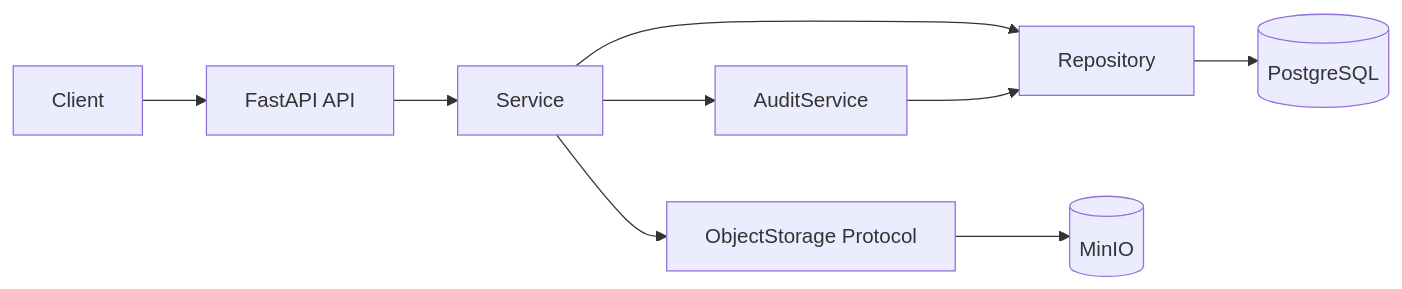
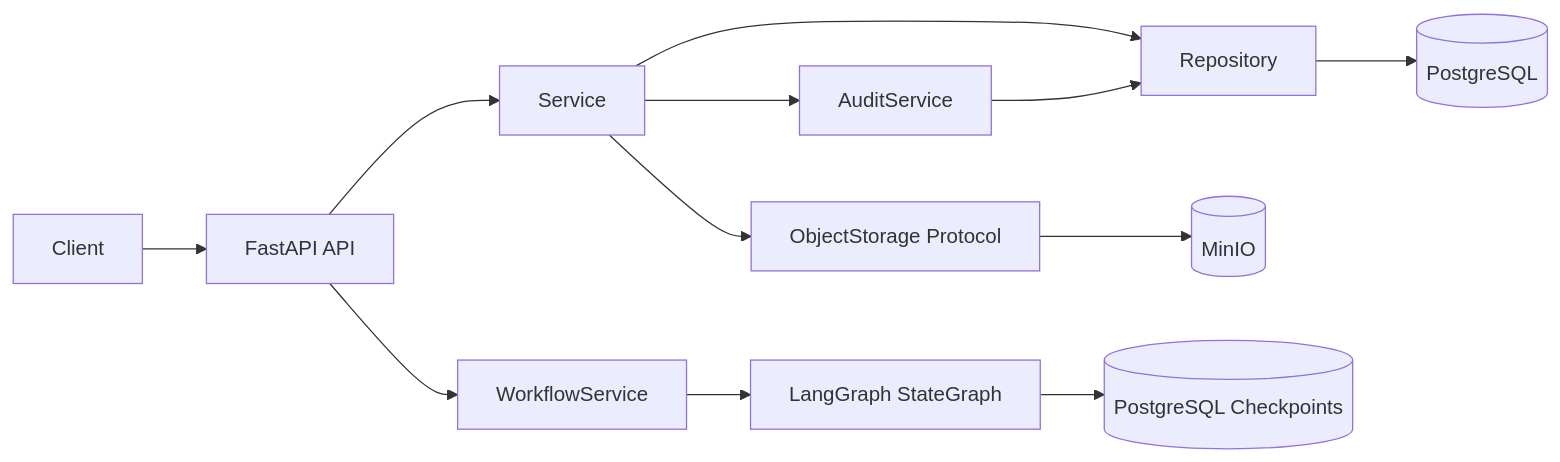
The diagram in docs/architecture.md (maj-m/xieyi), drawn with Mermaid before and after one commit. The commit also changed other lines of this file and 21 other files, not shown here.

````diff
--- a/docs/architecture.md
+++ b/docs/architecture.md
@@ -3,11 +3,14 @@
 ```mermaid
 flowchart LR
     Client --> API[FastAPI API]
     API --> Service[Service]
     Service --> Repository[Repository]
     Repository --> PostgreSQL[(PostgreSQL)]
     Service --> Storage[ObjectStorage Protocol]
     Storage --> MinIO[(MinIO)]
     Service --> Audit[AuditService]
     Audit --> Repository
+    API --> Workflow[WorkflowService]
+    Workflow --> Graph[LangGraph StateGraph]
+    Graph --> Checkpoint[(PostgreSQL Checkpoints)]
 ```
````
